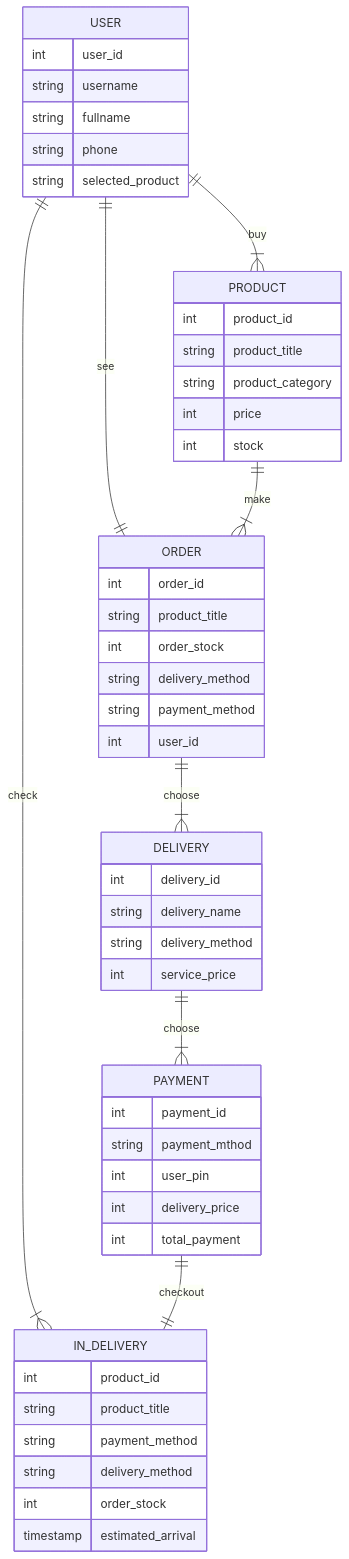
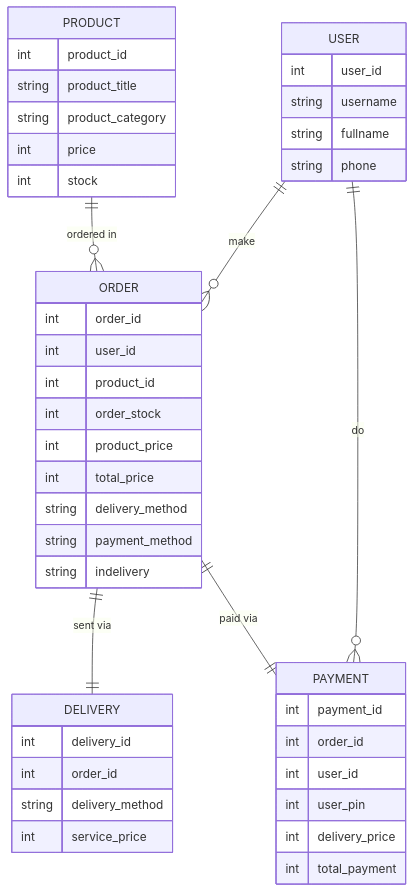
One commit to Ilhammursidi/koda-b7-db1 changed the second of 2 diagrams in README.md. Above: the diagram before and after it, drawn with Mermaid. The commit also changed other lines of this file, not shown here.

````diff
--- a/README.md
+++ b/README.md
@@ -52,64 +52,59 @@
 ```mermaid
 erDiagram
     PRODUCT {
         int product_id
         string product_title
         string product_category
         int price
         int stock
     }
 
-    USER ||--|{ PRODUCT : buy
-    USER ||--|| ORDER : see
-    USER ||--|{ IN_DELIVERY : check
 
     USER {
         int user_id
         string username
         string fullname
         string phone
-        string selected_product
     }
 
-    PRODUCT ||--|{ ORDER : make
 
     ORDER {
         int order_id
-        string product_title
+        int user_id
+        int product_id
         int order_stock
+        int product_price
+        int total_price
         string delivery_method
         string payment_method
-        int user_id
+        string indelivery
     }
 
-    ORDER ||--|{ DELIVERY : choose
 
     PAYMENT {
         int payment_id
-        string payment_mthod    
+        int order_id
+        int user_id
         int user_pin
         int delivery_price
         int total_payment
     }
 
-    DELIVERY ||--|{ PAYMENT : choose
 
     DELIVERY {
         int delivery_id
-        string delivery_name
+        int order_id
         string delivery_method
         int service_price
     }
 
-    PAYMENT ||--|| IN_DELIVERY : checkout
+    USER ||--o{ ORDER : make
+    PRODUCT ||--o{ ORDER : "ordered in"
+    ORDER ||--|| DELIVERY : "sent via"
+    ORDER ||--|| PAYMENT : "paid via"
+    USER ||--o{ PAYMENT : do
 
-    IN_DELIVERY {
-        int product_id
-        string product_title
-        string payment_method
-        string delivery_method
-        int order_stock
-        timestamp estimated_arrival
-    }
+
+
 
 ```
````
